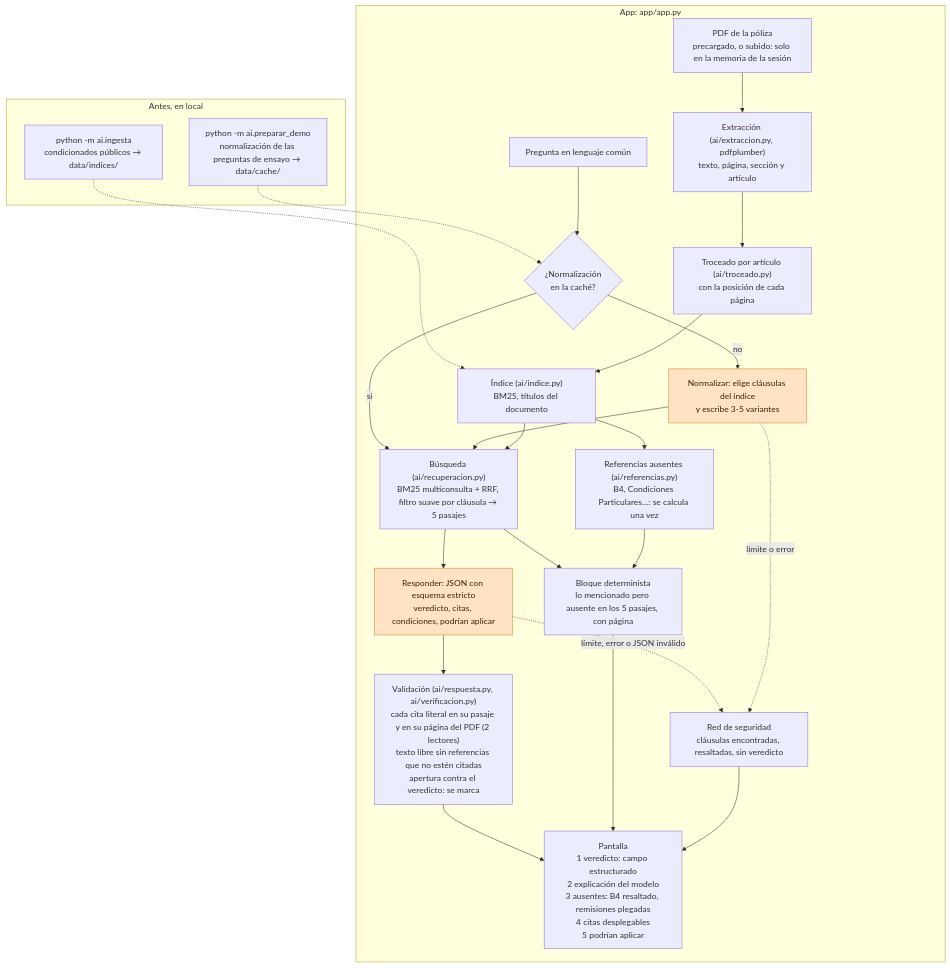
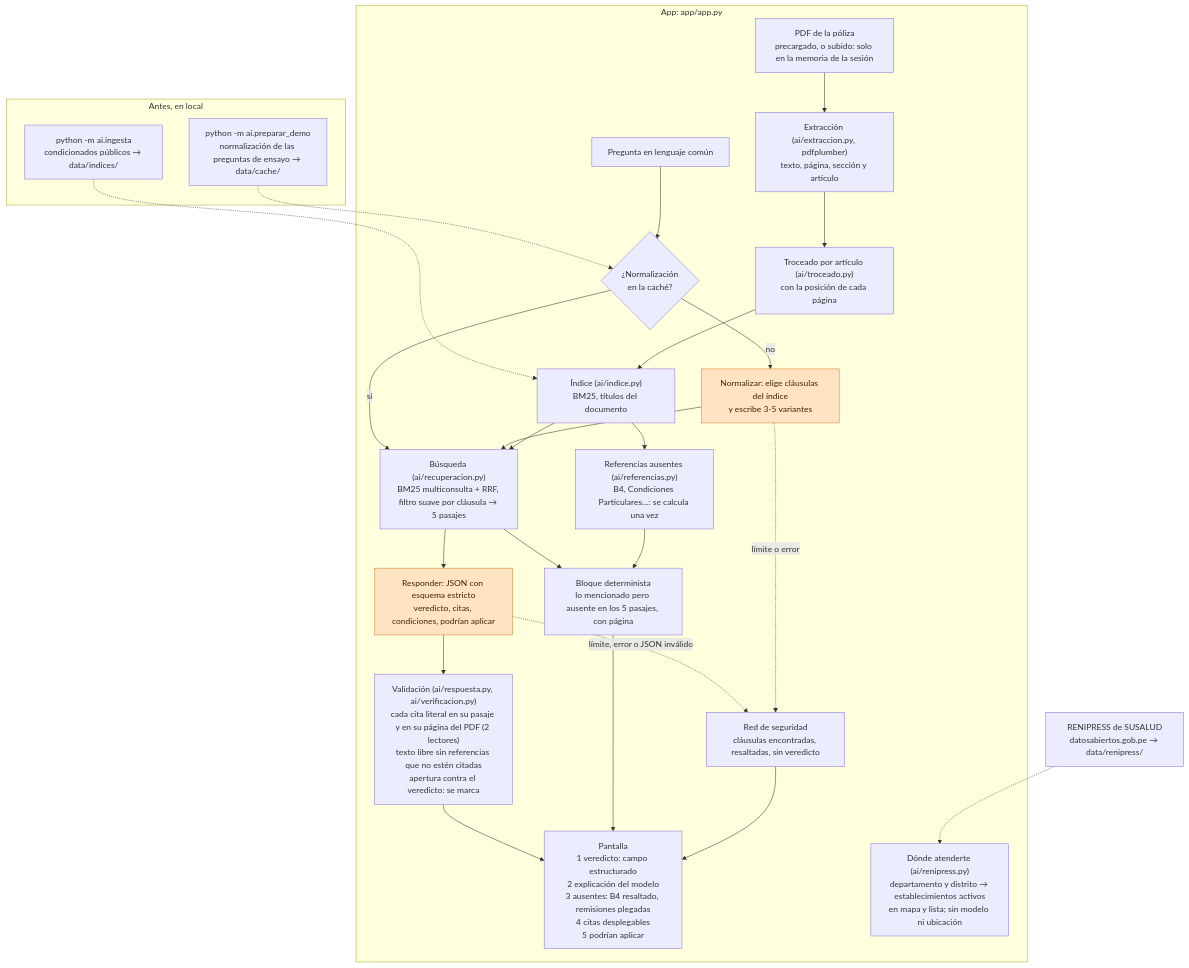
The diagram in docs/arquitectura.md (RenatoGates/que-me-cubre), drawn with Mermaid before and after one commit. The commit also changed other lines of this file and 13 other files, not shown here.

First line of the commit message:
Dónde atenderte: establecimientos de RENIPRESS por departamento y distrito

````diff
--- a/docs/arquitectura.md
+++ b/docs/arquitectura.md
@@ -7,41 +7,45 @@
 ```mermaid
 flowchart TD
     subgraph Antes["Antes, en local"]
         ING["python -m ai.ingesta<br/>condicionados públicos → data/indices/"]
         PREP["python -m ai.preparar_demo<br/>normalización de las preguntas de ensayo → data/cache/"]
     end
 
     subgraph App["App: app/app.py"]
         PDF["PDF de la póliza<br/>precargado, o subido: solo en la memoria de la sesión"]
         EXT["Extracción (ai/extraccion.py, pdfplumber)<br/>texto, página, sección y artículo"]
         TRO["Troceado por artículo (ai/troceado.py)<br/>con la posición de cada página"]
         IDX["Índice (ai/indice.py)<br/>BM25, títulos del documento"]
         AUS["Referencias ausentes (ai/referencias.py)<br/>B4, Condiciones Particulares…: se calcula una vez"]
         PREG["Pregunta en lenguaje común"]
         CACHE{"¿Normalización<br/>en la caché?"}
         NORM["Normalizar: elige cláusulas del índice<br/>y escribe 3-5 variantes"]
         REC["Búsqueda (ai/recuperacion.py)<br/>BM25 multiconsulta + RRF, filtro suave por cláusula → 5 pasajes"]
         RESP["Responder: JSON con esquema estricto<br/>veredicto, citas, condiciones, podrían aplicar"]
         VER["Validación (ai/respuesta.py, ai/verificacion.py)<br/>cada cita literal en su pasaje y en su página del PDF (2 lectores)<br/>texto libre sin referencias que no estén citadas<br/>apertura contra el veredicto: se marca"]
         BLO["Bloque determinista<br/>lo mencionado pero ausente en los 5 pasajes, con página"]
         RED["Red de seguridad<br/>cláusulas encontradas, resaltadas, sin veredicto"]
         UI["Pantalla<br/>1 veredicto: campo estructurado<br/>2 explicación del modelo<br/>3 ausentes: B4 resaltado, remisiones plegadas<br/>4 citas desplegables<br/>5 podrían aplicar"]
+        MAPA["Dónde atenderte (ai/renipress.py)<br/>departamento y distrito → establecimientos activos<br/>en mapa y lista; sin modelo ni ubicación"]
     end
+
+    RENI["RENIPRESS de SUSALUD<br/>datosabiertos.gob.pe → data/renipress/"]
 
     ING -.-> IDX
     PREP -.-> CACHE
     PDF --> EXT --> TRO --> IDX
     IDX --> AUS
     PREG --> CACHE
     CACHE -- sí --> REC
     CACHE -- no --> NORM --> REC
     IDX --> REC
     REC --> RESP --> VER --> UI
     REC --> BLO
     AUS --> BLO --> UI
     RESP -. "límite, error o JSON inválido" .-> RED --> UI
     NORM -. "límite o error" .-> RED
+    RENI -.-> MAPA
 
     classDef modelo fill:#ffe3c2,stroke:#d9822b,color:#3b2405
     class NORM,RESP modelo
 ```
````
